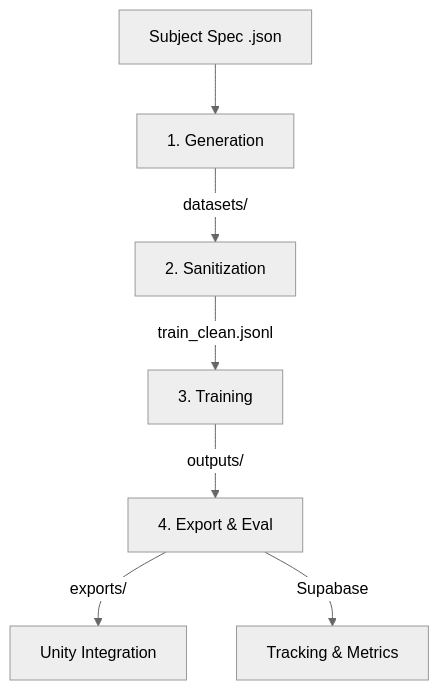
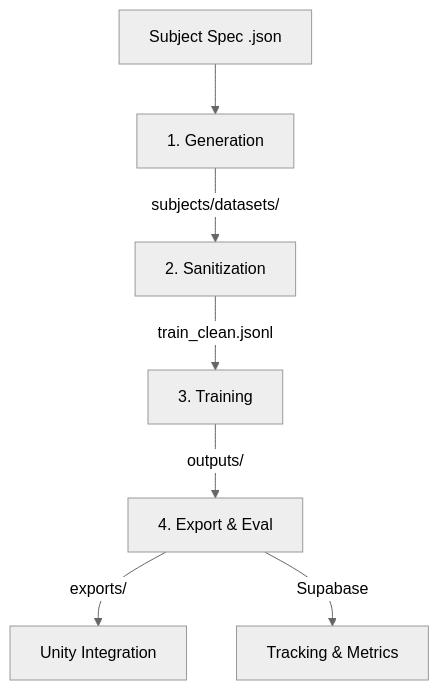
One commit to athargamedev/Unsloth_Core changed the diagram in docs/architecture/PIPELINE_FLOW.md. Above: the diagram before and after it, drawn with Mermaid (neutral theme). The commit also changed other lines of this file and 80 other files, not shown here.

Commit message:
refactor: migrate all datasets and schemas to the subjects directory and update paths accordingly

````diff
--- a/docs/architecture/PIPELINE_FLOW.md
+++ b/docs/architecture/PIPELINE_FLOW.md
@@ -7,9 +7,9 @@
 ```mermaid
 graph TD
     A[Subject Spec .json] --> B[1. Generation]
-    B -->|datasets/| C[2. Sanitization]
+    B -->|subjects/datasets/| C[2. Sanitization]
     C -->|train_clean.jsonl| D[3. Training]
     D -->|outputs/| E[4. Export & Eval]
     E -->|exports/| F[Unity Integration]
     E -->|Supabase| G[Tracking & Metrics]
 ```
````
